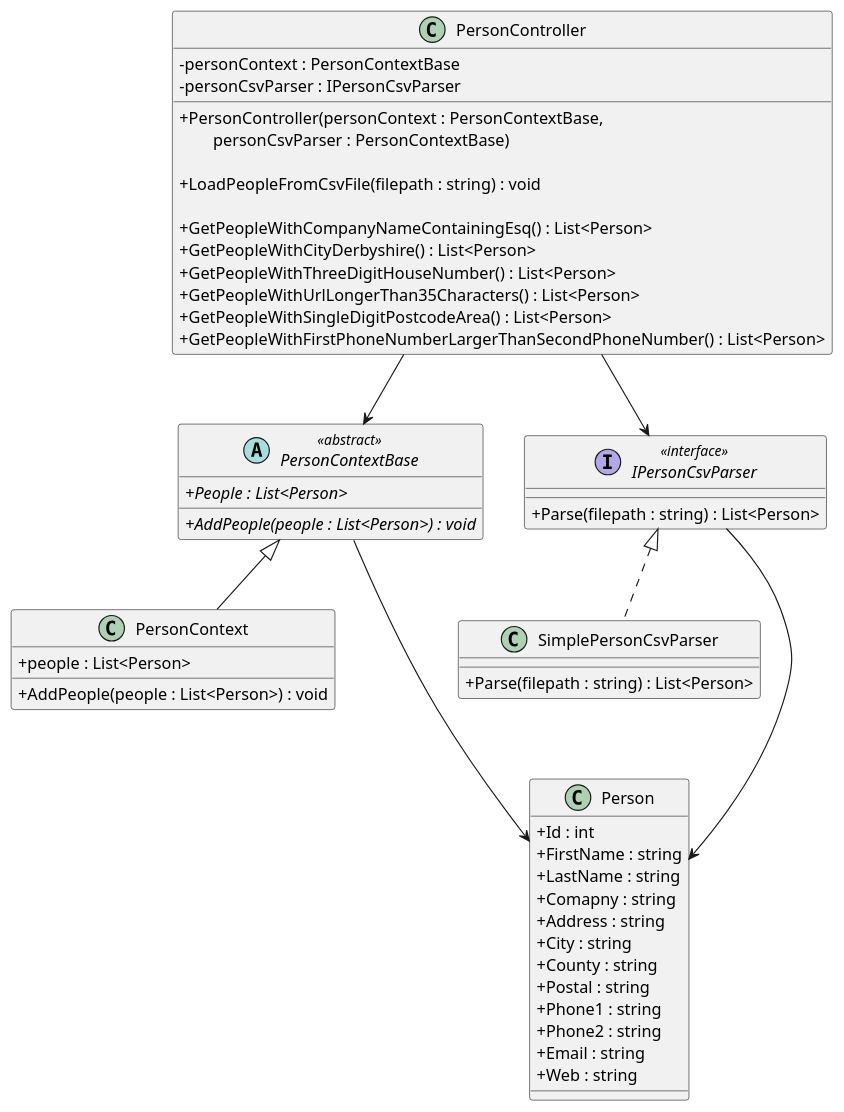
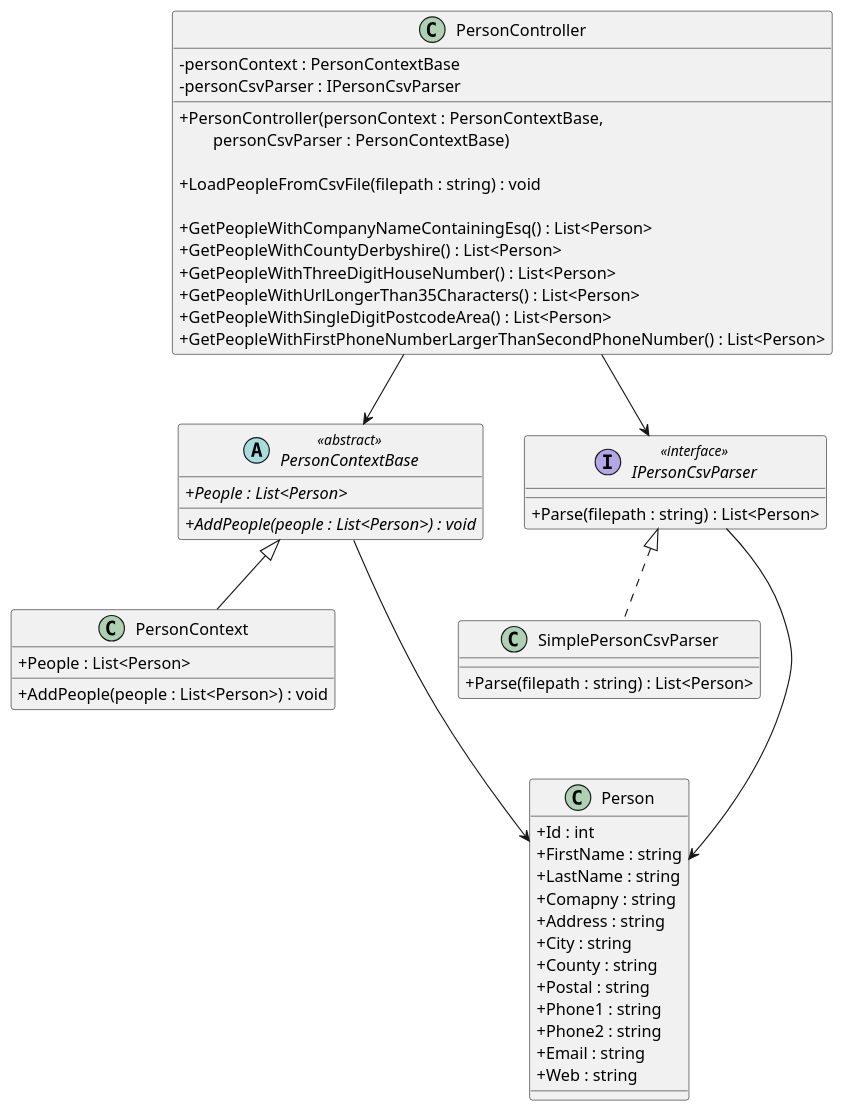
One commit to iamfranco/PersonConsoleApp changed the diagram in diagrams/UML/PersonApp.puml. Above: the diagram before and after it, drawn with PlantUML. The commit also changed 1 other file, not shown here.

Commit message:
UML: fix typo (City -> County, capitalisation)

```diff
--- a/diagrams/UML/PersonApp.puml
+++ b/diagrams/UML/PersonApp.puml
@@ -1,65 +1,65 @@
 @startuml "PersonApp"
 skinparam ClassAttributeIconSize 0
 
 class PersonController {
     - personContext : PersonContextBase
     - personCsvParser : IPersonCsvParser
 
     + PersonController(personContext : PersonContextBase, \n\
         personCsvParser : PersonContextBase)
 
     + LoadPeopleFromCsvFile(filepath : string) : void
 
     + GetPeopleWithCompanyNameContainingEsq() : List<Person>
-    + GetPeopleWithCityDerbyshire() : List<Person>
+    + GetPeopleWithCountyDerbyshire() : List<Person>
     + GetPeopleWithThreeDigitHouseNumber() : List<Person>
     + GetPeopleWithUrlLongerThan35Characters() : List<Person>
     + GetPeopleWithSingleDigitPostcodeArea() : List<Person>
     + GetPeopleWithFirstPhoneNumberLargerThanSecondPhoneNumber() : List<Person>
 }
 
 abstract PersonContextBase <<abstract>> {
     {abstract} + People : List<Person>
 
     {abstract} + AddPeople(people : List<Person>) : void
 }
 
 class PersonContext {
-    + people : List<Person>
+    + People : List<Person>
 
     + AddPeople(people : List<Person>) : void
 }
 
 interface IPersonCsvParser <<interface>> {
     + Parse(filepath : string) : List<Person>
 }
 
 class SimplePersonCsvParser {
     + Parse(filepath : string) : List<Person>
 }
 
 class Person {
     + Id : int
     + FirstName : string
     + LastName : string
     + Comapny : string
     + Address : string
     + City : string
     + County : string
     + Postal : string
     + Phone1 : string
     + Phone2 : string
     + Email : string
     + Web : string
 }
 
 PersonController --> PersonContextBase
 PersonController --> IPersonCsvParser
 
 PersonContextBase <|-- PersonContext
 PersonContextBase ---> Person
 
 IPersonCsvParser <|.. SimplePersonCsvParser
 IPersonCsvParser ---> Person
 
 @enduml
```
